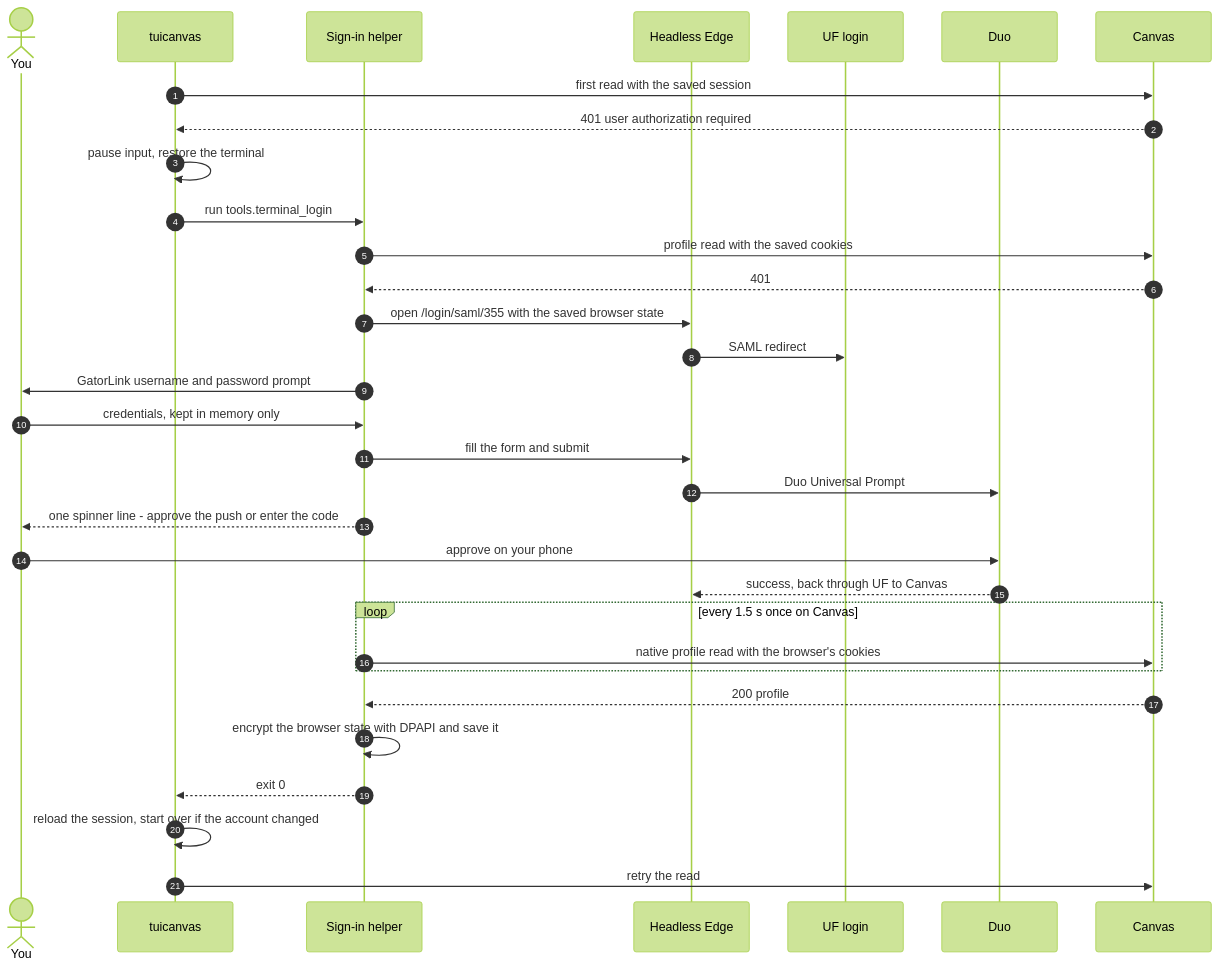
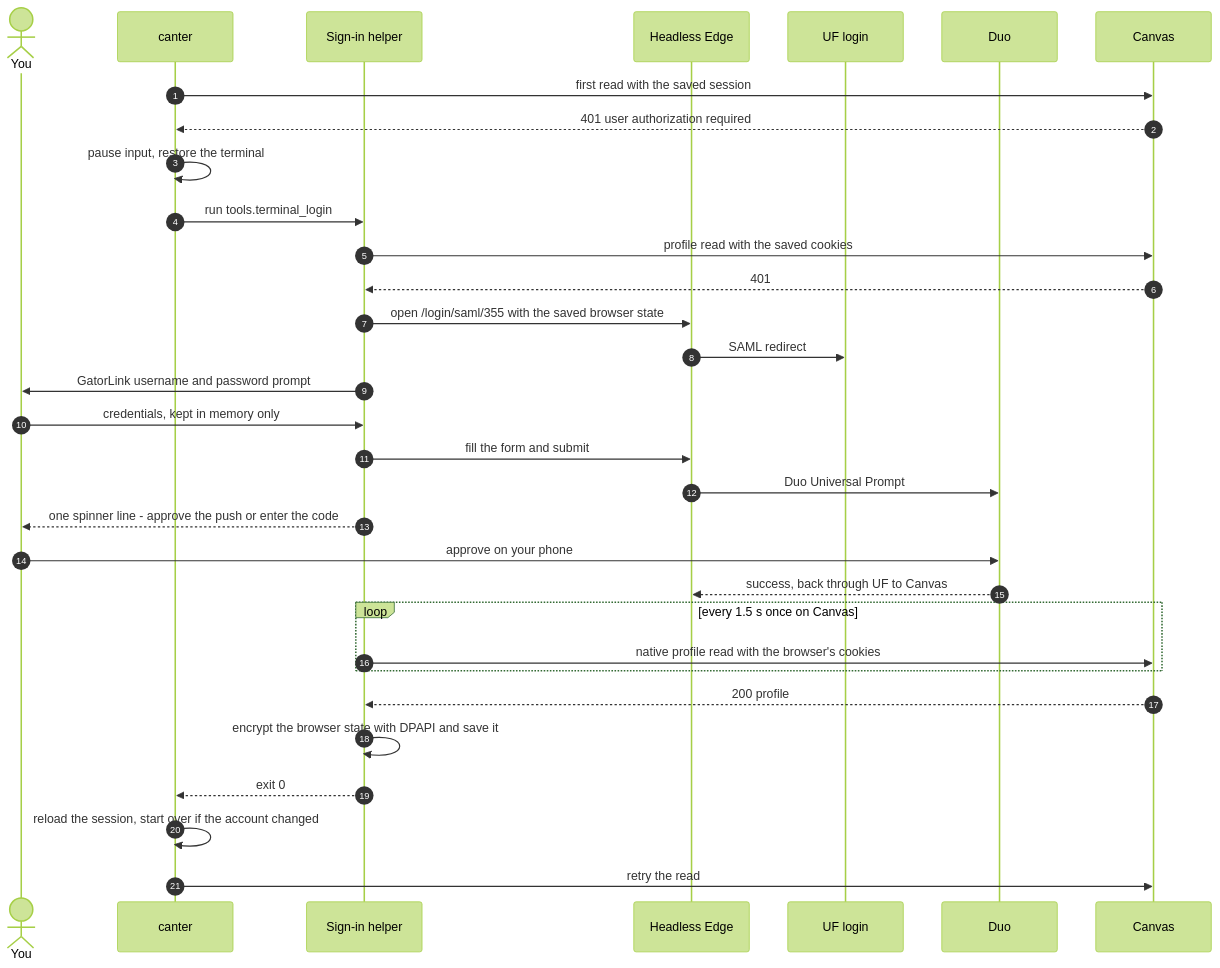
Before and after one commit to taherakolawala/canter: the fifth of 7 diagrams in docs/architecture.md, drawn with Mermaid (forest theme). The commit also changed other lines of this file and 34 other files, not shown here.

First line of the commit message:
Rename the program from TUICanvas to canter

````diff
--- a/docs/architecture.md
+++ b/docs/architecture.md
@@ -174,34 +174,34 @@
 ```mermaid
 sequenceDiagram
     autonumber
     actor You
-    participant App as tuicanvas
+    participant App as canter
     participant H as Sign-in helper
     participant B as Headless Edge
     participant UF as UF login
     participant Duo
     participant API as Canvas
     App->>API: first read with the saved session
     API-->>App: 401 user authorization required
     App->>App: pause input, restore the terminal
     App->>H: run tools.terminal_login
     H->>API: profile read with the saved cookies
     API-->>H: 401
     H->>B: open /login/saml/355 with the saved browser state
     B->>UF: SAML redirect
     H->>You: GatorLink username and password prompt
     You->>H: credentials, kept in memory only
     H->>B: fill the form and submit
     B->>Duo: Duo Universal Prompt
     H-->>You: one spinner line - approve the push or enter the code
     You->>Duo: approve on your phone
     Duo-->>B: success, back through UF to Canvas
     loop every 1.5 s once on Canvas
         H->>API: native profile read with the browser's cookies
     end
     API-->>H: 200 profile
     H->>H: encrypt the browser state with DPAPI and save it
     H-->>App: exit 0
     App->>App: reload the session, start over if the account changed
     App->>API: retry the read
 ```
````
